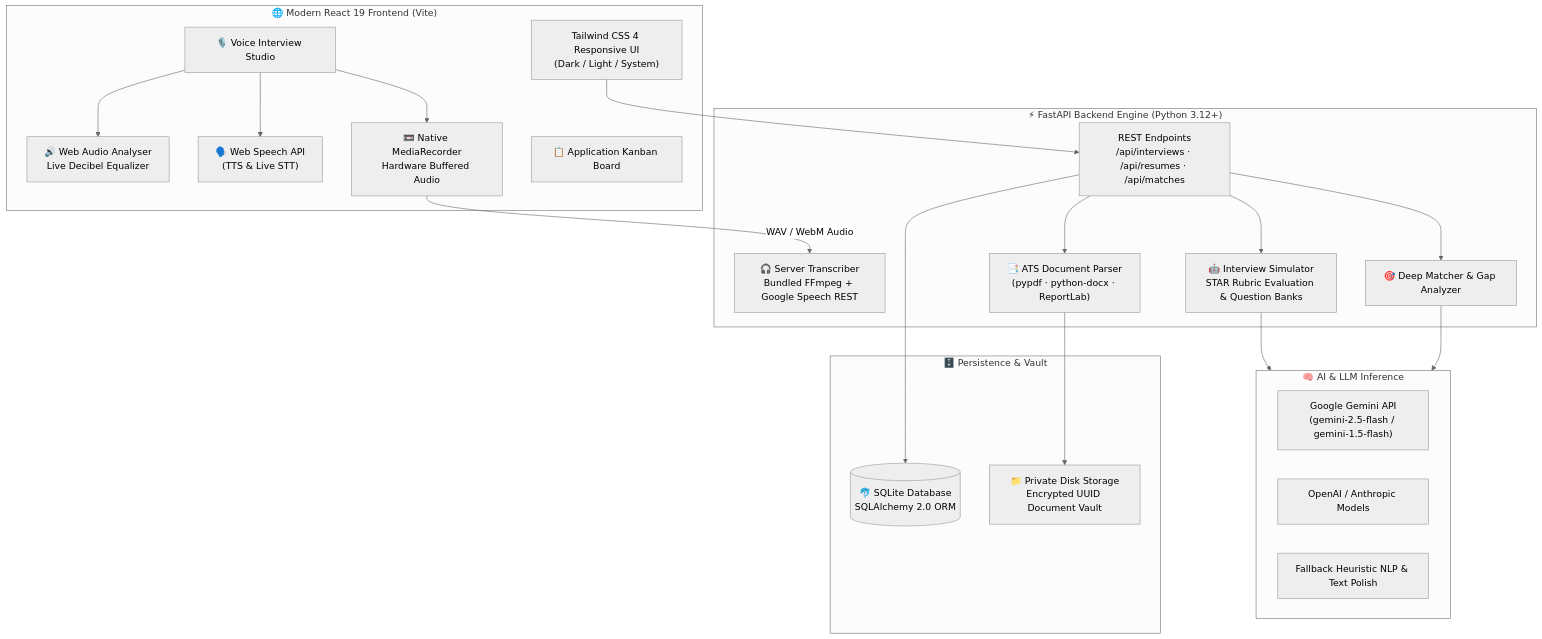
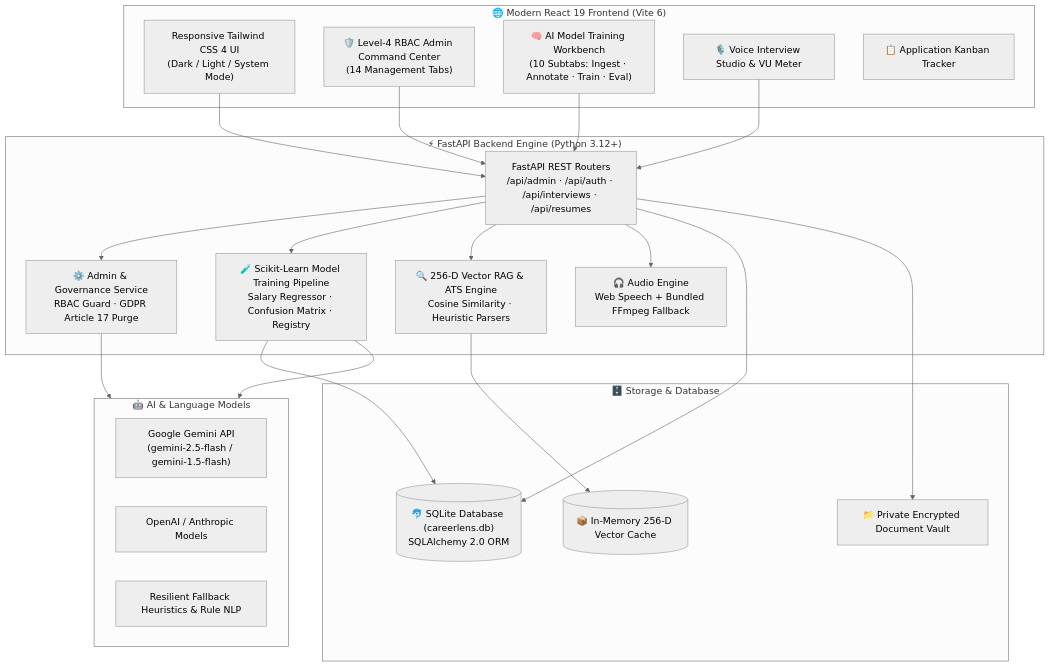
The diagram in README.md (Isuru-CodeX/CareerLens), drawn with Mermaid (neutral theme) before and after one commit. The commit also changed other lines of this file, not shown here.

````diff
--- a/README.md
+++ b/README.md
@@ -160,43 +191,45 @@
 ```mermaid
 flowchart TD
-    subgraph Client["🌐 Modern React 19 Frontend (Vite)"]
-        UI["Tailwind CSS 4 Responsive UI<br/>(Dark / Light / System)"]
-        VoiceStudio["🎙️ Voice Interview Studio"]
-        AudioMeter["🔊 Web Audio Analyser<br/>Live Decibel Equalizer"]
-        WebSpeech["🗣️ Web Speech API<br/>(TTS & Live STT)"]
-        MediaRec["📼 Native MediaRecorder<br/>Hardware Buffered Audio"]
-        Kanban["📋 Application Kanban Board"]
+    subgraph Client["🌐 Modern React 19 Frontend (Vite 6)"]
+        UI["Responsive Tailwind CSS 4 UI<br/>(Dark / Light / System Mode)"]
+        AdminView["🛡️ Level-4 RBAC Admin Command Center<br/>(14 Management Tabs)"]
+        AITrainingUI["🧠 AI Model Training Workbench<br/>(10 Subtabs: Ingest · Annotate · Train · Eval)"]
+        VoiceStudio["🎙️ Voice Interview Studio & VU Meter"]
+        Kanban["📋 Application Kanban Tracker"]
     end
 
-    subgraph Server["⚡ FastAPI Backend Engine (Python 3.12+)"]
-        API["REST Endpoints<br/>/api/interviews · /api/resumes · /api/matches"]
-        Transcribe["🎧 Server Transcriber<br/>Bundled FFmpeg + Google Speech REST"]
-        Simulator["🤖 Interview Simulator<br/>STAR Rubric Evaluation & Question Banks"]
-        DeepMatch["🎯 Deep Matcher & Gap Analyzer"]
-        ATSEngine["📑 ATS Document Parser<br/>(pypdf · python-docx · ReportLab)"]
+    subgraph Backend["⚡ FastAPI Backend Engine (Python 3.12+)"]
+        API["FastAPI REST Routers<br/>/api/admin · /api/auth · /api/interviews · /api/resumes"]
+        AdminService["⚙️ Admin & Governance Service<br/>RBAC Guard · GDPR Article 17 Purge"]
+        MLTrainer["🧪 Scikit-Learn Model Training Pipeline<br/>Salary Regressor · Confusion Matrix · Registry"]
+        VectorEngine["🔍 256-D Vector RAG & ATS Engine<br/>Cosine Similarity · Heuristic Parsers"]
+        Transcribe["🎧 Audio Engine<br/>Web Speech + Bundled FFmpeg Fallback"]
     end
 
-    subgraph AI_Providers["🧠 AI & LLM Inference"]
+    subgraph AI_Inference["🤖 AI & Language Models"]
         Gemini["Google Gemini API<br/>(gemini-2.5-flash / gemini-1.5-flash)"]
         OpenAI["OpenAI / Anthropic Models"]
-        RuleNLP["Fallback Heuristic NLP & Text Polish"]
+        Heuristics["Resilient Fallback Heuristics & Rule NLP"]
     end
 
-    subgraph Storage["🗄️ Persistence & Vault"]
-        DB[("🐬 SQLite Database<br/>SQLAlchemy 2.0 ORM")]
-        FileVault["📁 Private Disk Storage<br/>Encrypted UUID Document Vault"]
+    subgraph Persistence["🗄️ Storage & Database"]
+        DB[("🐬 SQLite Database (careerlens.db)<br/>SQLAlchemy 2.0 ORM")]
+        VectorCache[("📦 In-Memory 256-D Vector Cache")]
+        DiskVault["📁 Private Encrypted Document Vault"]
     end
 
     UI --> API
-    VoiceStudio --> WebSpeech
-    VoiceStudio --> AudioMeter
-    VoiceStudio --> MediaRec
-    MediaRec -->|WAV / WebM Audio| Transcribe
-    API --> Simulator
-    API --> DeepMatch
-    API --> ATSEngine
-    Simulator --> AI_Providers
-    DeepMatch --> AI_Providers
+    AdminView --> API
+    AITrainingUI --> API
+    VoiceStudio --> API
+    API --> AdminService
+    API --> MLTrainer
+    API --> VectorEngine
+    API --> Transcribe
+    MLTrainer --> DB
+    VectorEngine --> VectorCache
     API --> DB
-    ATSEngine --> FileVault
+    API --> DiskVault
+    AdminService --> AI_Inference
+    MLTrainer --> AI_Inference
 ```
````
